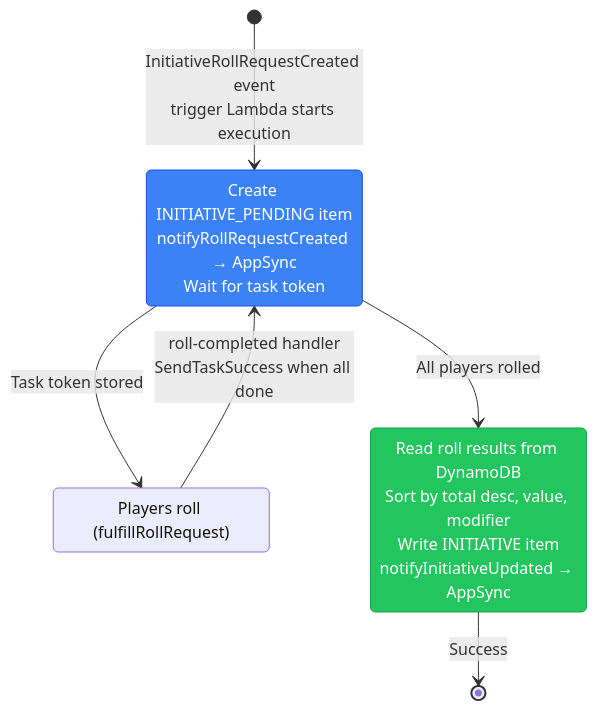
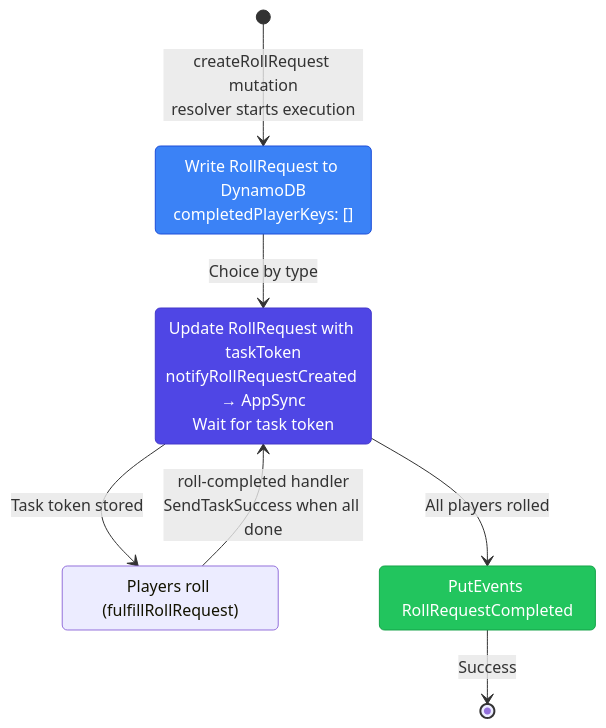
One commit to Puzzlebottom/puzzlebottom-tabletop-tools changed the second of 2 diagrams in docs/architecture.md. Above: the diagram before and after it, drawn with Mermaid. The commit also changed other lines of this file and 20 other files, not shown here.

First line of the commit message:
feat(initiative): restructure Roll Request flow per plan

````diff
--- a/docs/architecture.md
+++ b/docs/architecture.md
@@ -143,18 +146,23 @@
 ```mermaid
 stateDiagram-v2
-    [*] --> CreateInitiativePending: InitiativeRollRequestCreated event<br/>trigger Lambda starts execution
+    [*] --> PersistRollRequest: createRollRequest mutation<br/>resolver starts execution
 
-    CreateInitiativePending: Create INITIATIVE_PENDING item<br/>notifyRollRequestCreated → AppSync<br/>Wait for task token
+    PersistRollRequest: Write RollRequest to DynamoDB<br/>completedPlayerKeys: []
+
+    PersistRollRequest --> InitiativeCreateHandler: Choice by type
+
+    InitiativeCreateHandler: Update RollRequest with taskToken<br/>notifyRollRequestCreated → AppSync<br/>Wait for task token
 
     state "Players roll (fulfillRollRequest)" as Players
-    CreateInitiativePending --> Players: Task token stored
-    Players --> CreateInitiativePending: roll-completed handler<br/>SendTaskSuccess when all done
+    InitiativeCreateHandler --> Players: Task token stored
+    Players --> InitiativeCreateHandler: roll-completed handler<br/>SendTaskSuccess when all done
 
-    OrderInitiative: Read roll results from DynamoDB<br/>Sort by total desc, value, modifier<br/>Write INITIATIVE item<br/>notifyInitiativeUpdated → AppSync
+    PublishRollRequestCompleted: PutEvents RollRequestCompleted
 
-    CreateInitiativePending --> OrderInitiative: All players rolled
-    OrderInitiative --> [*]: Success
+    InitiativeCreateHandler --> PublishRollRequestCompleted: All players rolled
+    PublishRollRequestCompleted --> [*]: Success
 
-    style CreateInitiativePending fill:#3b82f6,stroke:#1d4ed8,color:#fff
-    style OrderInitiative fill:#22c55e,stroke:#16a34a,color:#fff
+    style PersistRollRequest fill:#3b82f6,stroke:#1d4ed8,color:#fff
+    style InitiativeCreateHandler fill:#4f46e5,stroke:#4338ca,color:#fff
+    style PublishRollRequestCompleted fill:#22c55e,stroke:#16a34a,color:#fff
 ```
````
